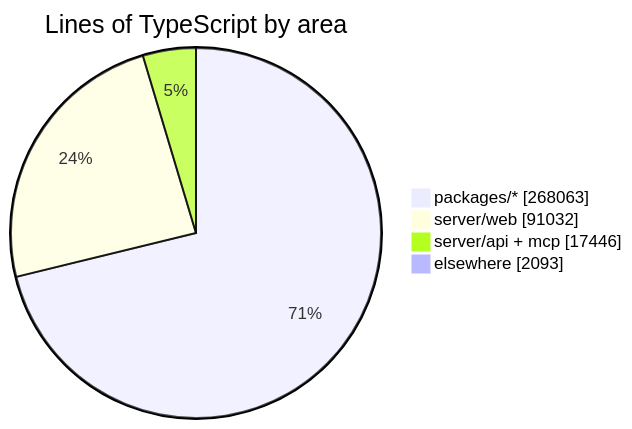
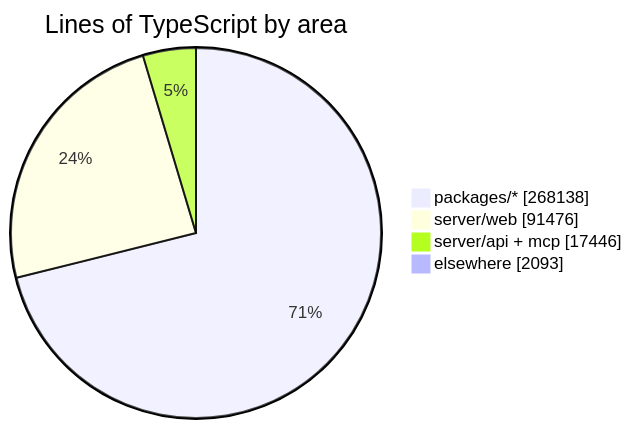
The diagram in README.md (crossworks-engineering/mantle), drawn with Mermaid before and after one commit. The commit also changed other lines of this file and 2 other files, not shown here.

````diff
--- a/README.md
+++ b/README.md
@@ -287,7 +287,7 @@
 ```mermaid
 pie showData title Lines of TypeScript by area
-    "packages/*" : 268063
-    "server/web" : 91032
+    "packages/*" : 268138
+    "server/web" : 91476
     "server/api + mcp" : 17446
     "elsewhere" : 2093
 ```
````
